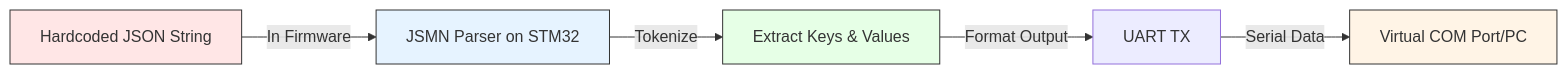
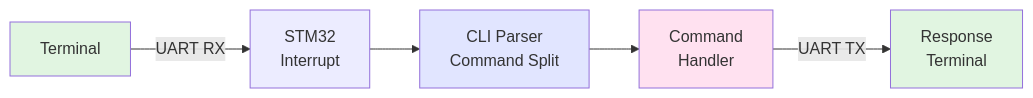
Before and after one commit to BlackWiz/STM32-Serial-Shell: the diagram in README.md, drawn with Mermaid. The commit also changed other lines of this file, not shown here.

````diff
--- a/README.md
+++ b/README.md
@@ -19,12 +20,12 @@
 ```mermaid
 graph LR
-    A[Hardcoded JSON String] -->|In Firmware| B[JSMN Parser on STM32]
-    B -->|Tokenize| C[Extract Keys & Values]
-    C -->|Format Output| D[UART TX]
-    D -->|Serial Data| E[Virtual COM Port/PC]
+    A[Terminal] -->|UART RX| B[STM32<br/>Interrupt]
+    B --> C[CLI Parser<br/>Command Split]
+    C --> D[Command<br/>Handler]
+    D -->|UART TX| E[Response<br/>Terminal]
     
-    style A fill:#ffe6e6,stroke:#333
-    style B fill:#e6f3ff,stroke:#333
-    style C fill:#e6ffe6,stroke:#333
-    style E fill:#fff4e6,stroke:#333
+    style A fill:#e1f5e1
+    style C fill:#e1e5ff
+    style D fill:#ffe1f0
+    style E fill:#e1f5e1
 ```
````
